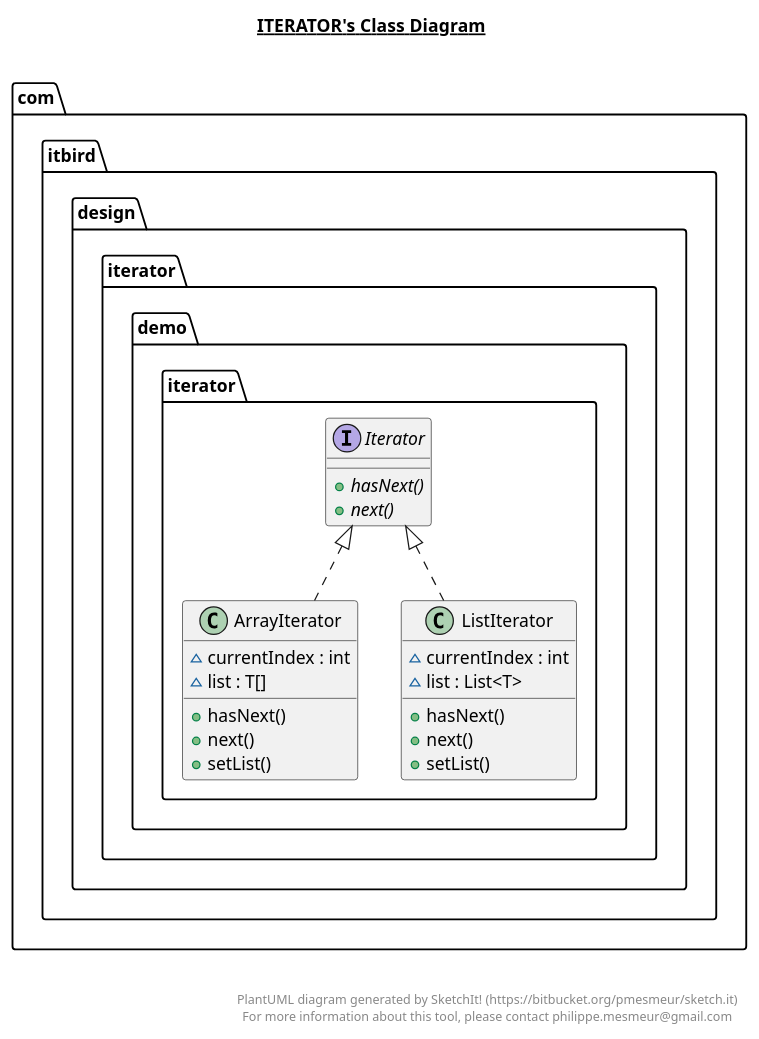
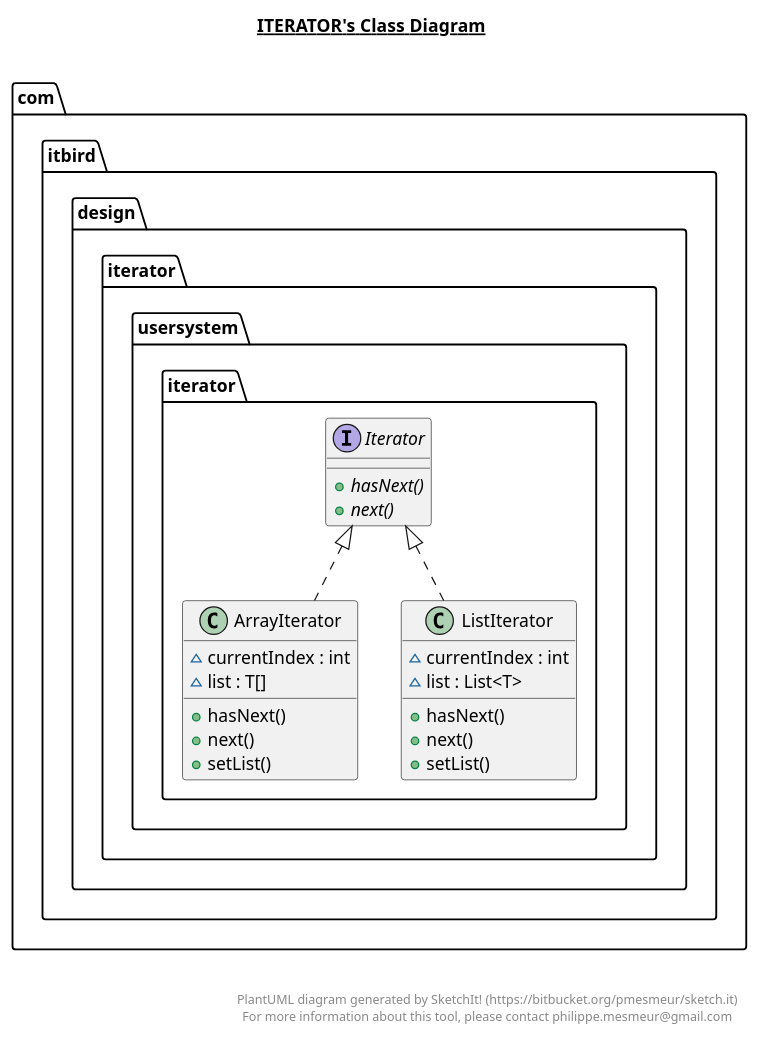
Before and after one commit to xfkang/DesignPatternPractice: the diagram in app/src/main/java/com/itbird/design/iterator/usersystem/iterator/iterator.plantuml, drawn with PlantUML. The commit also changed 23 other files, not shown here.

```diff
--- a/app/src/main/java/com/itbird/design/iterator/usersystem/iterator/iterator.plantuml
+++ b/app/src/main/java/com/itbird/design/iterator/usersystem/iterator/iterator.plantuml
@@ -1,64 +1,64 @@
 @startuml
 
 title __ITERATOR's Class Diagram__\n
 
   namespace com.itbird.design {
     namespace iterator {
-      namespace demo {
+      namespace usersystem {
         namespace iterator {
-          class com.itbird.design.iterator.demo.iterator.ArrayIterator {
+          class com.itbird.design.iterator.usersystem.iterator.ArrayIterator {
               ~ currentIndex : int
               ~ list : T[]
               + hasNext()
               + next()
               + setList()
           }
         }
       }
     }
   }
   
 
   namespace com.itbird.design {
     namespace iterator {
-      namespace demo {
+      namespace usersystem {
         namespace iterator {
-          interface com.itbird.design.iterator.demo.iterator.Iterator {
+          interface com.itbird.design.iterator.usersystem.iterator.Iterator {
               {abstract} + hasNext()
               {abstract} + next()
           }
         }
       }
     }
   }
   
 
   namespace com.itbird.design {
     namespace iterator {
-      namespace demo {
+      namespace usersystem {
         namespace iterator {
-          class com.itbird.design.iterator.demo.iterator.ListIterator {
+          class com.itbird.design.iterator.usersystem.iterator.ListIterator {
               ~ currentIndex : int
               ~ list : List<T>
               + hasNext()
               + next()
               + setList()
           }
         }
       }
     }
   }
   
 
-  com.itbird.design.iterator.demo.iterator.ArrayIterator .up.|> com.itbird.design.iterator.demo.iterator.Iterator
-  com.itbird.design.iterator.demo.iterator.ListIterator .up.|> com.itbird.design.iterator.demo.iterator.Iterator
+  com.itbird.design.iterator.usersystem.iterator.ArrayIterator .up.|> com.itbird.design.iterator.usersystem.iterator.Iterator
+  com.itbird.design.iterator.usersystem.iterator.ListIterator .up.|> com.itbird.design.iterator.usersystem.iterator.Iterator
 
 
 right footer
 
 
 PlantUML diagram generated by SketchIt! (https://bitbucket.org/pmesmeur/sketch.it)
 For more information about this tool, please contact philippe.mesmeur@gmail.com
 endfooter
 
 @enduml
```
